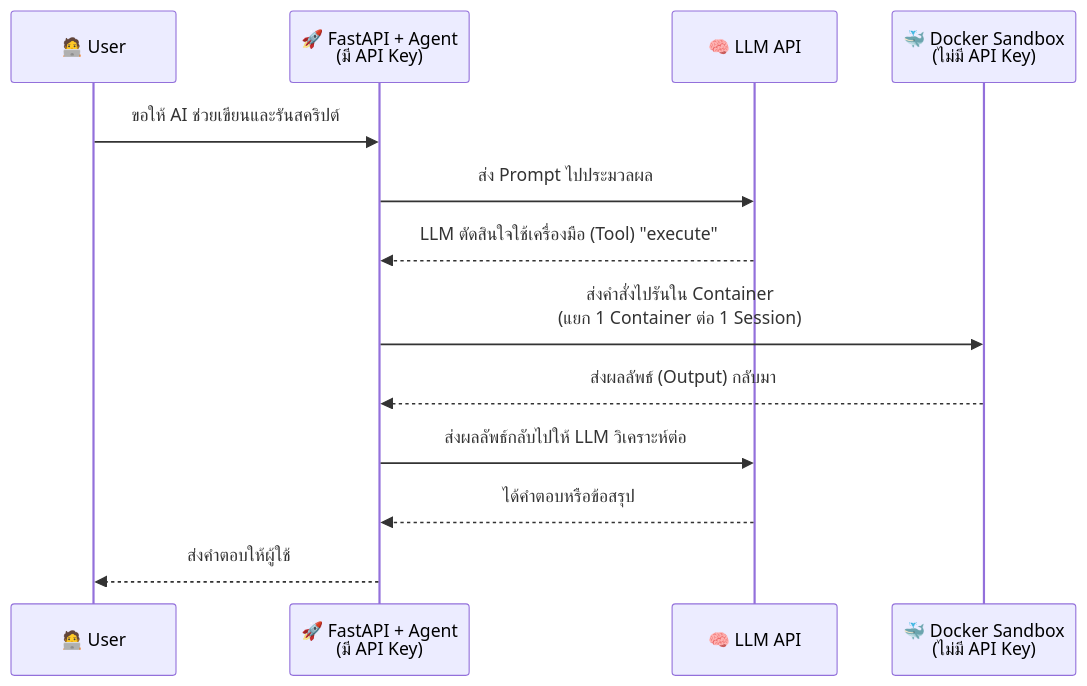
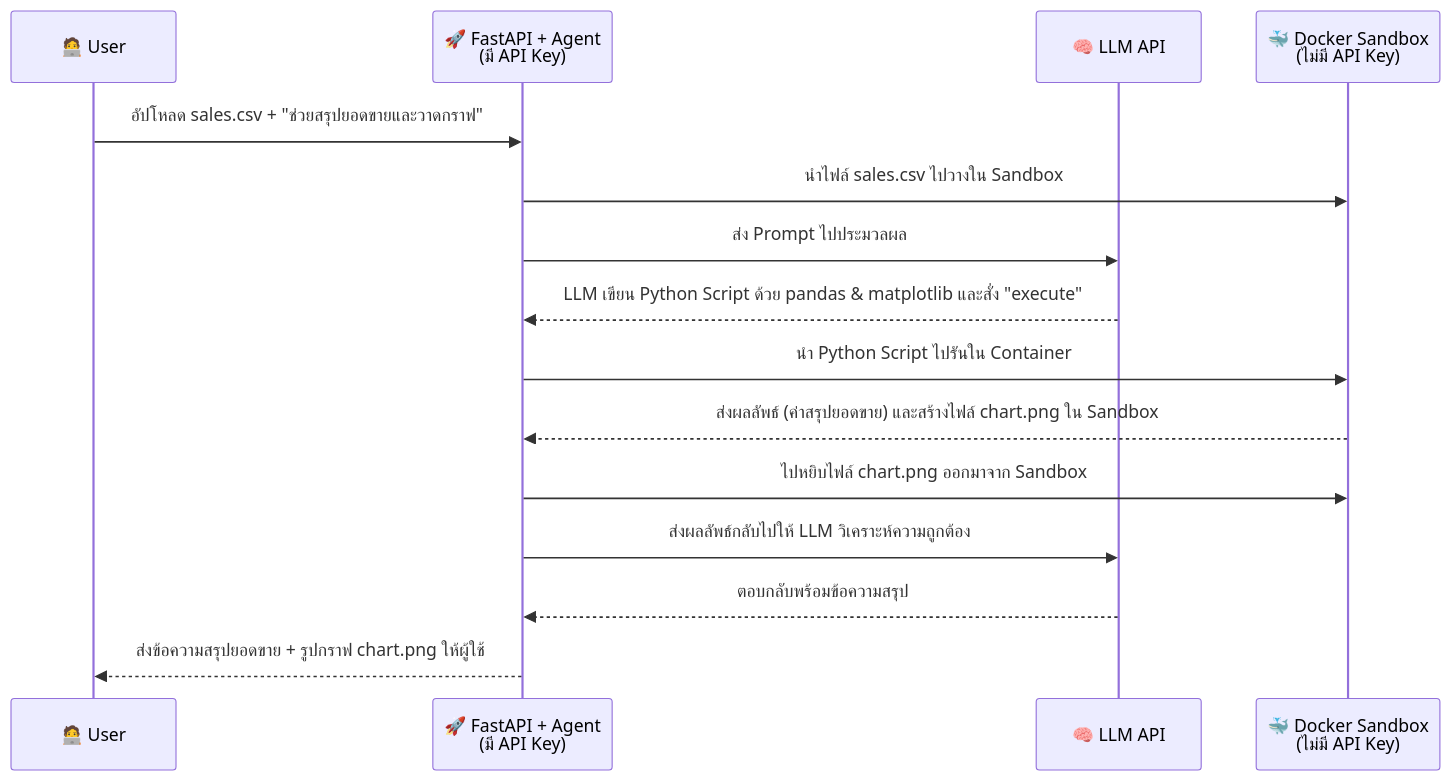
The first of 2 diagrams in docs/Presentation_Docker_Sandbox.md (BeagleSoCute/poc-deep-agent-docker-sandbox), drawn with Mermaid before and after one commit. The commit also changed other lines of this file, not shown here.

Commit message:
Update High-Level Flow with real use case example

````diff
--- a/docs/Presentation_Docker_Sandbox.md
+++ b/docs/Presentation_Docker_Sandbox.md
@@ -23,16 +26,18 @@
 ```mermaid
 sequenceDiagram
     participant User as 🧑‍💻 User
     participant API as 🚀 FastAPI + Agent<br>(มี API Key)
     participant LLM as 🧠 LLM API
     participant Docker as 🐳 Docker Sandbox<br>(ไม่มี API Key)
 
-    User->>API: ขอให้ AI ช่วยเขียนและรันสคริปต์
+    User->>API: อัปโหลด sales.csv + "ช่วยสรุปยอดขายและวาดกราฟ"
+    API->>Docker: นำไฟล์ sales.csv ไปวางใน Sandbox
     API->>LLM: ส่ง Prompt ไปประมวลผล
-    LLM-->>API: LLM ตัดสินใจใช้เครื่องมือ (Tool) "execute"
-    API->>Docker: ส่งคำสั่งไปรันใน Container<br>(แยก 1 Container ต่อ 1 Session)
-    Docker-->>API: ส่งผลลัพธ์ (Output) กลับมา
-    API->>LLM: ส่งผลลัพธ์กลับไปให้ LLM วิเคราะห์ต่อ
-    LLM-->>API: ได้คำตอบหรือข้อสรุป
-    API-->>User: ส่งคำตอบให้ผู้ใช้
+    LLM-->>API: LLM เขียน Python Script ด้วย pandas & matplotlib และสั่ง "execute"
+    API->>Docker: นำ Python Script ไปรันใน Container
+    Docker-->>API: ส่งผลลัพธ์ (ค่าสรุปยอดขาย) และสร้างไฟล์ chart.png ใน Sandbox
+    API->>Docker: ไปหยิบไฟล์ chart.png ออกมาจาก Sandbox
+    API->>LLM: ส่งผลลัพธ์กลับไปให้ LLM วิเคราะห์ความถูกต้อง
+    LLM-->>API: ตอบกลับพร้อมข้อความสรุป
+    API-->>User: ส่งข้อความสรุปยอดขาย + รูปกราฟ chart.png ให้ผู้ใช้
 ```
````
